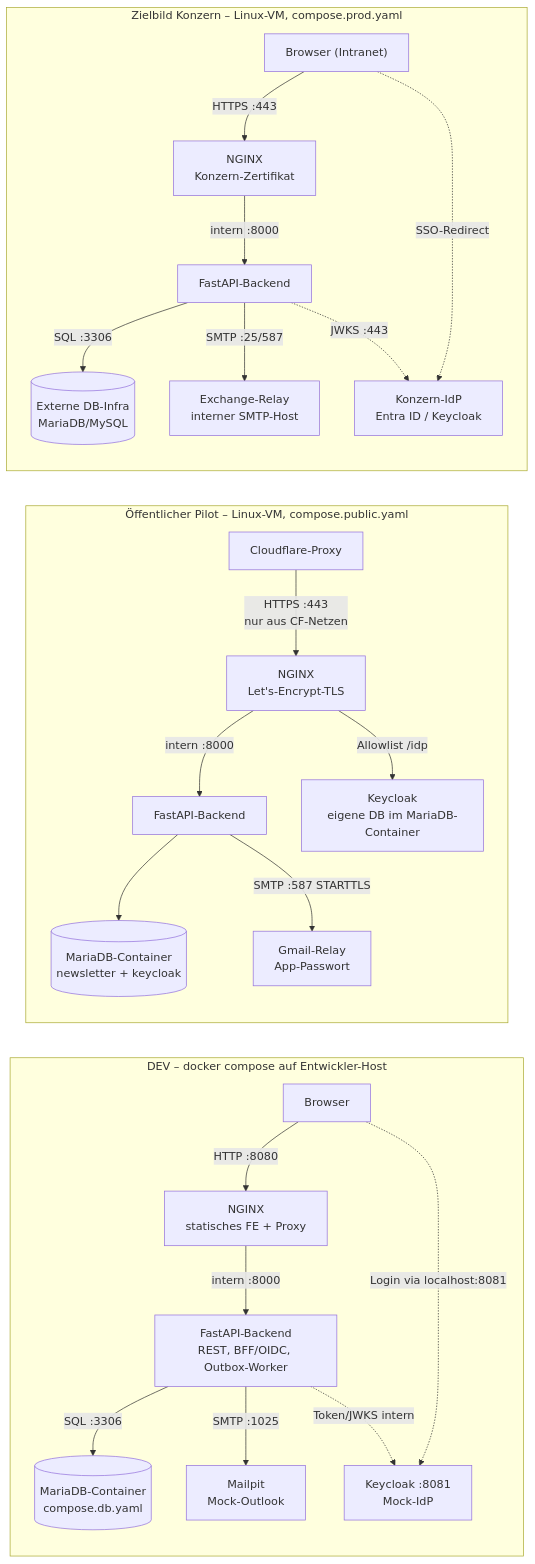
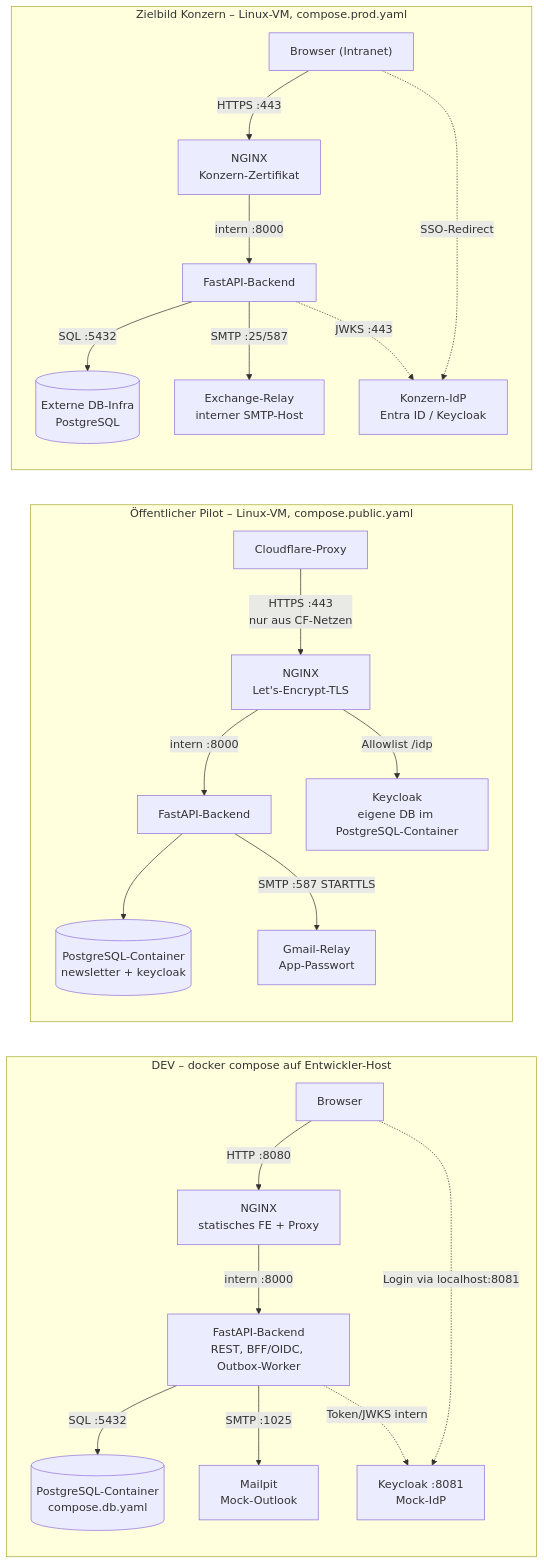
One commit to NeoAsylum/kundeninfo_newsletter changed the diagram in docs/ARCHITECTURE.md. Above: the diagram before and after it, drawn with Mermaid. The commit also changed other lines of this file and 41 other files, not shown here.

````diff
--- a/docs/ARCHITECTURE.md
+++ b/docs/ARCHITECTURE.md
@@ -9,28 +9,28 @@
 ```mermaid
 flowchart LR
   subgraph DEV["DEV – docker compose auf Entwickler-Host"]
     B1["Browser"] -->|"HTTP :8080"| N1["NGINX<br/>statisches FE + Proxy"]
     N1 -->|"intern :8000"| A1["FastAPI-Backend<br/>REST, BFF/OIDC, Outbox-Worker"]
-    A1 -->|"SQL :3306"| DB1[("MariaDB-Container<br/>compose.db.yaml")]
+    A1 -->|"SQL :5432"| DB1[("PostgreSQL-Container<br/>compose.db.yaml")]
     A1 -->|"SMTP :1025"| MP["Mailpit<br/>Mock-Outlook"]
     B1 -.->|"Login via localhost:8081"| KC["Keycloak :8081<br/>Mock-IdP"]
     A1 -.->|"Token/JWKS intern"| KC
   end
 
   subgraph PILOT["Öffentlicher Pilot – Linux-VM, compose.public.yaml"]
     CF["Cloudflare-Proxy"] -->|"HTTPS :443<br/>nur aus CF-Netzen"| N3["NGINX<br/>Let's-Encrypt-TLS"]
     N3 -->|"intern :8000"| A3["FastAPI-Backend"]
-    N3 -->|"Allowlist /idp"| KC3["Keycloak<br/>eigene DB im MariaDB-Container"]
-    A3 --> DB3[("MariaDB-Container<br/>newsletter + keycloak")]
+    N3 -->|"Allowlist /idp"| KC3["Keycloak<br/>eigene DB im PostgreSQL-Container"]
+    A3 --> DB3[("PostgreSQL-Container<br/>newsletter + keycloak")]
     A3 -->|"SMTP :587 STARTTLS"| GM["Gmail-Relay<br/>App-Passwort"]
   end
 
   subgraph PROD["Zielbild Konzern – Linux-VM, compose.prod.yaml"]
     B2["Browser (Intranet)"] -->|"HTTPS :443"| N2["NGINX<br/>Konzern-Zertifikat"]
     N2 -->|"intern :8000"| A2["FastAPI-Backend"]
-    A2 -->|"SQL :3306"| XDB[("Externe DB-Infra<br/>MariaDB/MySQL")]
+    A2 -->|"SQL :5432"| XDB[("Externe DB-Infra<br/>PostgreSQL")]
     B2 -.->|"SSO-Redirect"| IDP["Konzern-IdP<br/>Entra ID / Keycloak"]
     A2 -->|"SMTP :25/587"| XR["Exchange-Relay<br/>interner SMTP-Host"]
     A2 -.->|"JWKS :443"| IDP
   end
 ```
````
